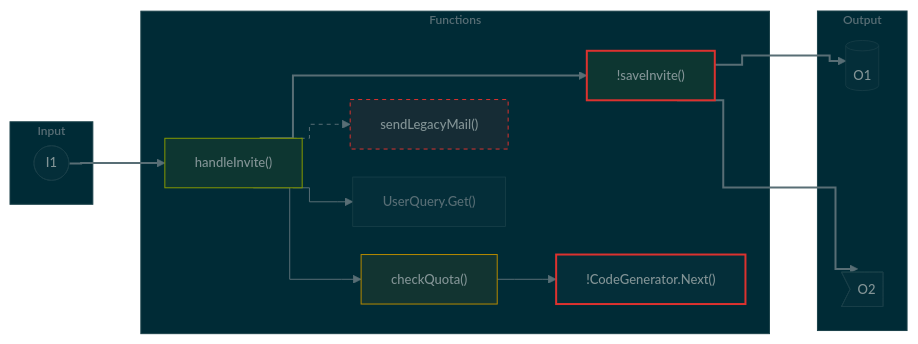
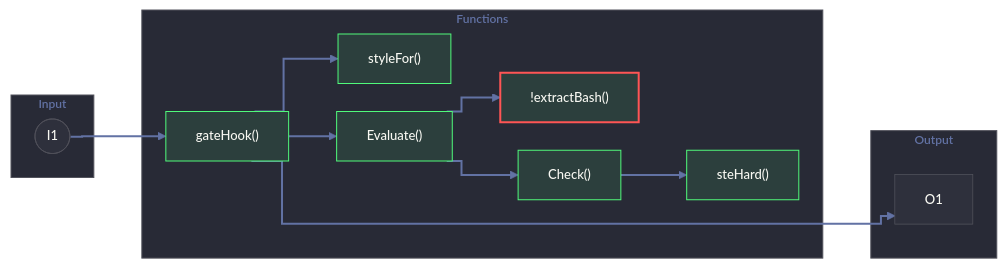
Before and after one commit to gagoar/pr-brief: the sixth of 8 diagrams in docs/samples/craft-themes.md, drawn with Mermaid. The commit also changed other lines of this file, not shown here.

Commit message:
Sample: only the four candidate looks, each with an all-states and a realistic diagram

````diff
--- a/docs/samples/craft-themes.md
+++ b/docs/samples/craft-themes.md
@@ -690,41 +243,36 @@
 ```mermaid
-%%{init: {"theme":"base","flowchart":{"curve":"step","nodeSpacing":28,"rankSpacing":48,"diagramPadding":40},"themeVariables":{"darkMode":true,"background":"#002b36","fontFamily":"Inter, Helvetica, Arial","fontSize":"13px","dropShadow":"none","primaryColor":"#042e39","primaryTextColor":"#839496","primaryBorderColor":"#1a4049","nodeTextColor":"#839496","textColor":"#839496","mainBkg":"#042e39","nodeBorder":"#1a4049","lineColor":"#586e75","clusterBkg":"#002b36","clusterBorder":"#1a4049","titleColor":"#586e75","edgeLabelBackground":"#002b36"}}}%%
+%%{init: {"theme":"base","flowchart":{"curve":"step","nodeSpacing":28,"rankSpacing":48,"diagramPadding":40},"themeVariables":{"darkMode":true,"background":"#282a36","fontFamily":"Inter, Helvetica, Arial","fontSize":"13px","dropShadow":"none","primaryColor":"#2e303c","primaryTextColor":"#f8f8f2","primaryBorderColor":"#52535c","nodeTextColor":"#f8f8f2","textColor":"#f8f8f2","mainBkg":"#2e303c","nodeBorder":"#52535c","lineColor":"#6272a4","clusterBkg":"#282a36","clusterBorder":"#52535c","titleColor":"#6272a4","edgeLabelBackground":"#282a36"}}}%%
 graph LR
   subgraph IN["Input"]
     I1(["I1"])
   end
   subgraph FN["Functions"]
-    F1["handleInvite()"]:::added
-    F2["checkQuota()"]:::modified
-    F3["sendLegacyMail()"]:::removed
-    F4["UserQuery.Get()"]:::context
-    F5["!CodeGenerator.Next()"]:::risk
-    F6["!saveInvite()"]:::riskadded
+    F1["gateHook()"]:::added
+    F2["styleFor()"]:::added
+    F3["Evaluate()"]:::added
+    F4["!extractBash()"]:::riskadded
+    F5["Check()"]:::added
+    F6["steHard()"]:::added
   end
   subgraph OUT["Output"]
-    O1[("O1")]
-    O2>"O2"]
+    O1["O1"]
   end
   I1 ==> F1
-  F1 --> F2
-  F1 --> F4
-  F2 --> F5
-  F1 ==> F6
-  F1 -.-> F3
-  F6 ==> O1
-  F6 ==> O2
-  F5 ~~~ O1
-  F5 ~~~ O2
-  classDef default fill:#042e39,stroke:#1a4049,stroke-width:0.75px,color:#839496,font-weight:500
-  classDef added fill:#0d3631,stroke:#859900,stroke-width:1px,color:#839496,font-weight:500
-  classDef modified fill:#123431,stroke:#b58900,stroke-width:1px,color:#839496,font-weight:500
-  classDef removed fill:#162c35,stroke:#dc322f,stroke-width:1px,stroke-dasharray:4 4,color:#839496,font-weight:500
-  classDef context fill:#042e39,stroke:#1a4049,stroke-width:0.75px,color:#586e75,font-weight:500
-  classDef risk fill:#042e39,stroke:#dc322f,stroke-width:2px,color:#839496,font-weight:500
-  classDef riskadded fill:#0d3631,stroke:#dc322f,stroke-width:2px,color:#839496,font-weight:500
-  classDef zone fill:#002b36,stroke:#1a4049,stroke-width:1px,color:#586e75,font-weight:600,font-size:12px
+  F1 ==> F2
+  F1 ==> F3
+  F3 ==> F4
+  F3 ==> F5
+  F5 ==> F6
+  F1 ==> O1
+  F6 ~~~ O1
+  classDef default fill:#2e303c,stroke:#52535c,stroke-width:0.75px,color:#f8f8f2,font-weight:500
+  classDef added fill:#2c3f3d,stroke:#50fa7b,stroke-width:1px,color:#f8f8f2,font-weight:500
+  classDef modified fill:#3e383b,stroke:#ffb86c,stroke-width:1px,color:#f8f8f2,font-weight:500
+  classDef removed fill:#3e2e39,stroke:#ff5555,stroke-width:1px,stroke-dasharray:4 4,color:#f8f8f2,font-weight:500
+  classDef context fill:#2e303c,stroke:#52535c,stroke-width:0.75px,color:#6272a4,font-weight:500
+  classDef risk fill:#2e303c,stroke:#ff5555,stroke-width:2px,color:#f8f8f2,font-weight:500
+  classDef riskadded fill:#2c3f3d,stroke:#ff5555,stroke-width:2px,color:#f8f8f2,font-weight:500
+  classDef zone fill:#282a36,stroke:#52535c,stroke-width:1px,color:#6272a4,font-weight:600,font-size:12px
   class IN,FN,OUT zone
-  linkStyle 1,2,3 stroke:#586e75,stroke-width:1px
-  linkStyle 0,4,6,7 stroke:#586e75,stroke-width:2px
-  linkStyle 5 stroke:#586e75,stroke-width:1px,stroke-dasharray:4 4
+  linkStyle 0,1,2,3,4,5,6 stroke:#6272a4,stroke-width:2px
 ```
````
